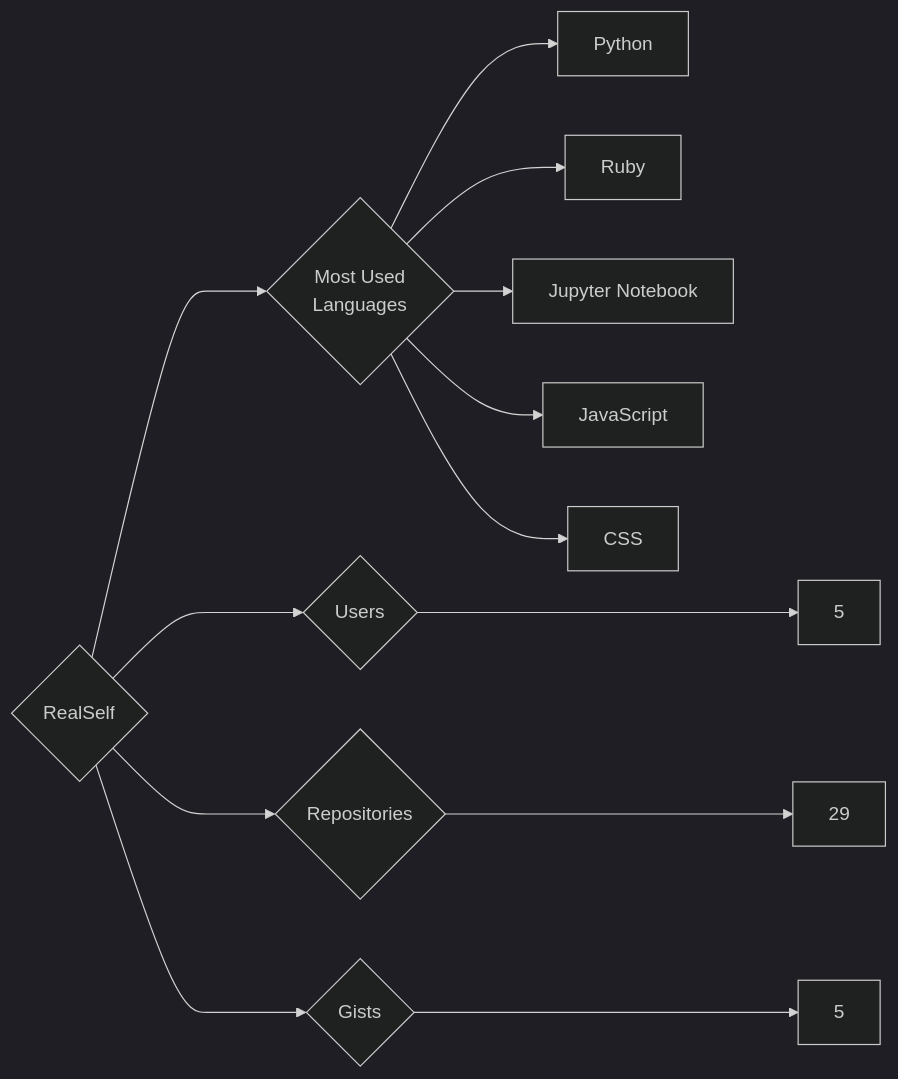
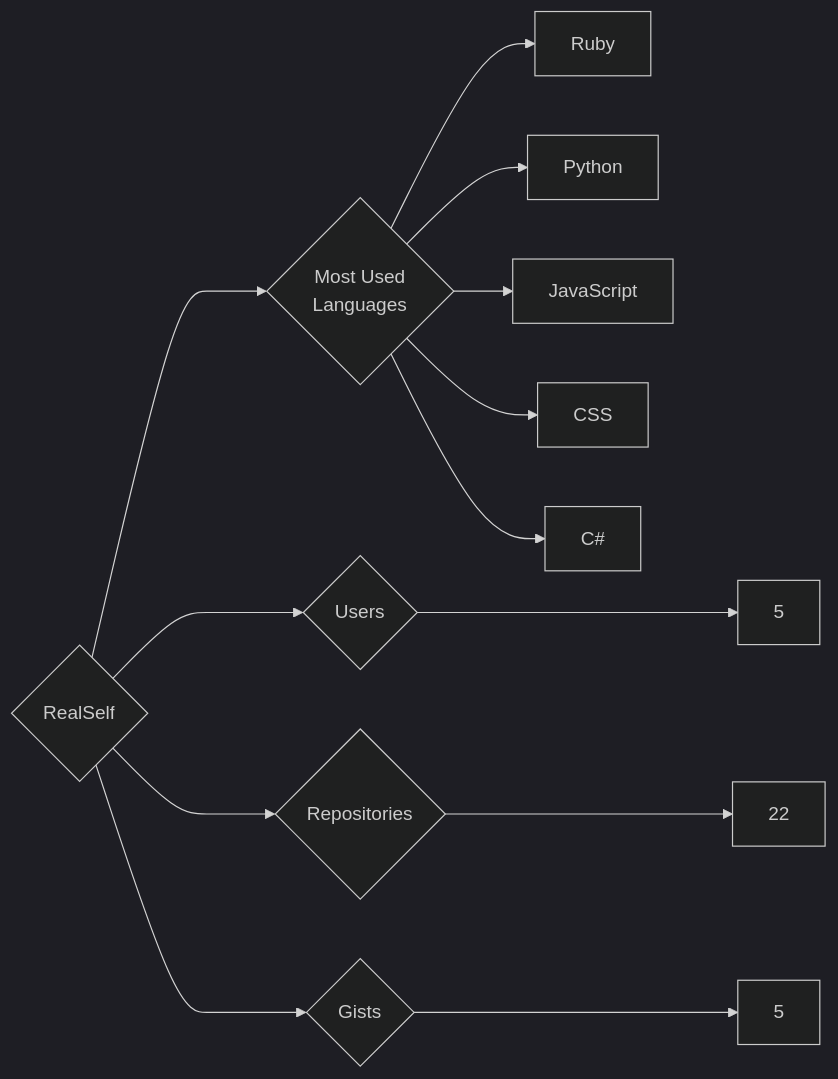
One commit to trickest/insiders changed the diagram in targets/RealSelf/README.md. Above: the diagram before and after it, drawn with Mermaid (dark theme). The commit also changed 964 other files, not shown here.

````diff
--- a/targets/RealSelf/README.md
+++ b/targets/RealSelf/README.md
@@ -3,13 +3,13 @@
 ```mermaid
 graph LR
 COMPANY_NAME{RealSelf}
 COMPANY_NAME ---> U{Users} ---> UN[5]
-COMPANY_NAME ---> R{Repositories} ---> RN[29]
+COMPANY_NAME ---> R{Repositories} ---> RN[22]
 COMPANY_NAME ---> G{Gists} ---> GN[5]
 COMPANY_NAME ---> ML{Most Used<br>Languages}
+ML --> Ruby[Ruby]
 ML --> Python[Python]
-ML --> Ruby[Ruby]
-ML --> Jupyter_Notebook[Jupyter Notebook]
 ML --> JavaScript[JavaScript]
 ML --> CSS[CSS]
+ML --> C#[C#]
 ```
````
